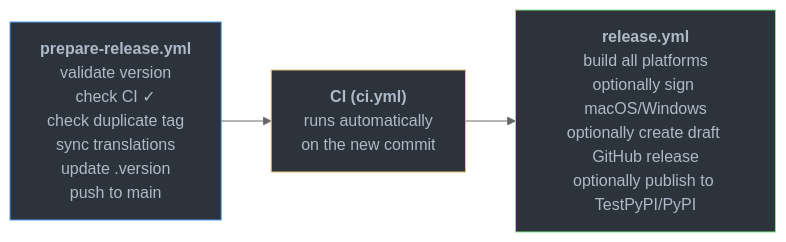
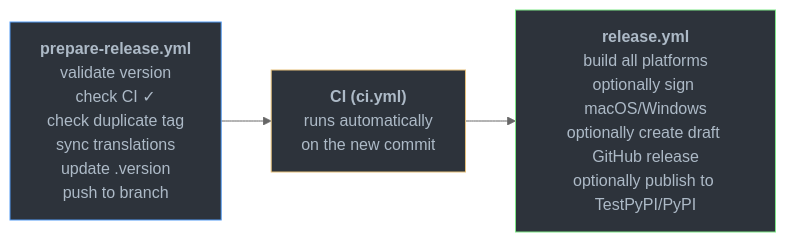
One commit to ankitects/anki changed the first of 3 diagrams in docs/releasing.md. Above: the diagram before and after it, drawn with Mermaid (neutral theme). The commit also changed other lines of this file, not shown here.

First line of the commit message:
docs: update releasing.md for non-main branch support

````diff
--- a/docs/releasing.md
+++ b/docs/releasing.md
@@ -19,9 +21,9 @@
 ```mermaid
 flowchart LR
-    A["<b>prepare-release.yml</b><br/>validate version<br/>check CI ✓<br/>check duplicate tag<br/>sync translations<br/>update .version<br/>push to main"] --> B["<b>CI (ci.yml)</b><br/>runs automatically<br/>on the new commit"]
+    A["<b>prepare-release.yml</b><br/>validate version<br/>check CI ✓<br/>check duplicate tag<br/>sync translations<br/>update .version<br/>push to branch"] --> B["<b>CI (ci.yml)</b><br/>runs automatically<br/>on the new commit"]
     B --> C["<b>release.yml</b><br/>build all platforms<br/>optionally sign macOS/Windows<br/>optionally create draft GitHub release<br/>optionally publish to TestPyPI/PyPI"]
 
     style A fill:#2d333b,stroke:#539bf5,color:#adbac7
     style B fill:#2d333b,stroke:#e5c07b,color:#adbac7
     style C fill:#2d333b,stroke:#7ee787,color:#adbac7
 ```
````
